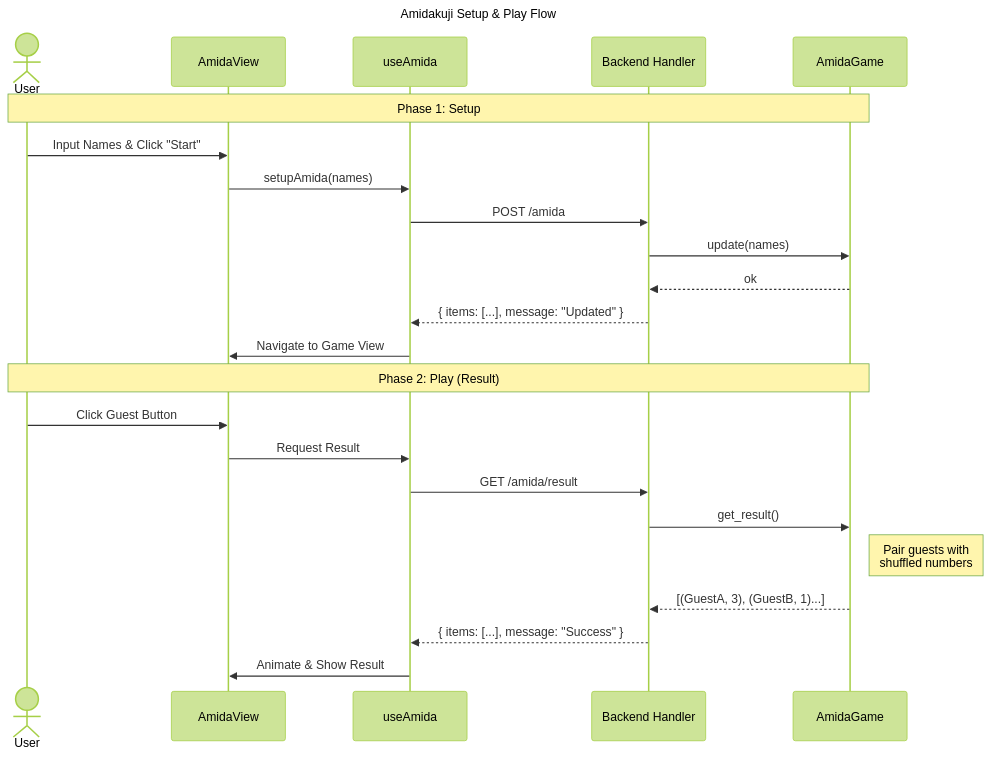
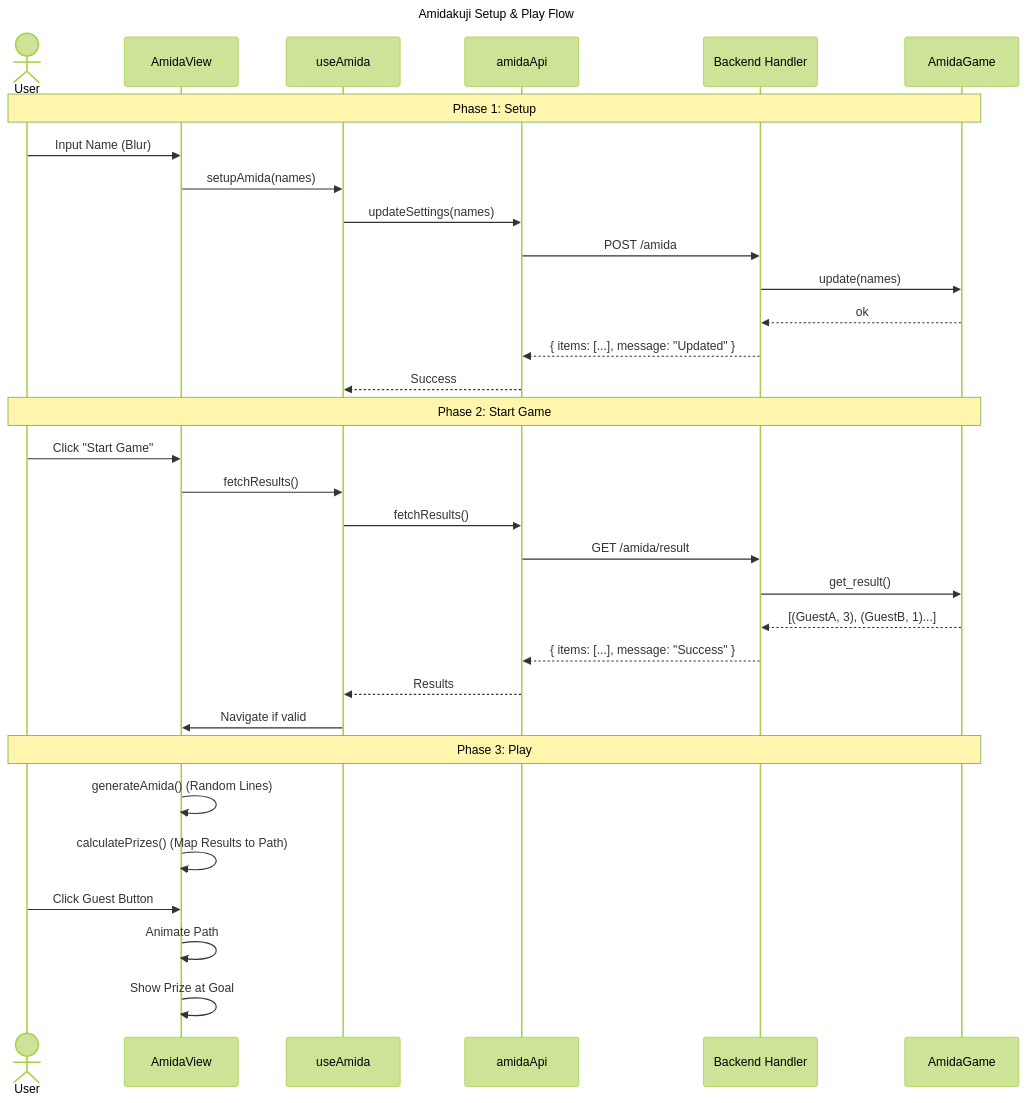
One commit to yasyasyu/bingo-server changed the fifth of 5 diagrams in docs/ARCHITECTURE.md. Above: the diagram before and after it, drawn with Mermaid (forest theme). The commit also changed other lines of this file and 2 other files, not shown here.

````diff
--- a/docs/ARCHITECTURE.md
+++ b/docs/ARCHITECTURE.md
@@ -261,28 +240,38 @@
 ```mermaid
 sequenceDiagram
     title Amidakuji Setup & Play Flow
     actor User
     participant UI as AmidaView
     participant Logic as useAmida
+    participant API as amidaApi
     participant Server as Backend Handler
     participant Domain as AmidaGame
 
     note over User, Domain: Phase 1: Setup
-    User->>UI: Input Names & Click "Start"
+    User->>UI: Input Name (Blur)
     UI->>Logic: setupAmida(names)
-    Logic->>Server: POST /amida
+    Logic->>API: updateSettings(names)
+    API->>Server: POST /amida
     Server->>Domain: update(names)
     Domain-->>Server: ok
-    Server-->>Logic: { items: [...], message: "Updated" }
-    Logic->>UI: Navigate to Game View
+    Server-->>API: { items: [...], message: "Updated" }
+    API-->>Logic: Success
 
-    note over User, Domain: Phase 2: Play (Result)
+    note over User, Domain: Phase 2: Start Game
+    User->>UI: Click "Start Game"
+    UI->>Logic: fetchResults()
+    Logic->>API: fetchResults()
+    API->>Server: GET /amida/result
+    Server->>Domain: get_result()
+    Domain-->>Server: [(GuestA, 3), (GuestB, 1)...]
+    Server-->>API: { items: [...], message: "Success" }
+    API-->>Logic: Results
+    Logic->>UI: Navigate if valid
+
+    note over User, Domain: Phase 3: Play
+    UI->>UI: generateAmida() (Random Lines)
+    UI->>UI: calculatePrizes() (Map Results to Path)
     User->>UI: Click Guest Button
-    UI->>Logic: Request Result
-    Logic->>Server: GET /amida/result
-    Server->>Domain: get_result()
-    note right of Domain: Pair guests with<br/>shuffled numbers
-    Domain-->>Server: [(GuestA, 3), (GuestB, 1)...]
-    Server-->>Logic: { items: [...], message: "Success" }
-    Logic->>UI: Animate & Show Result
+    UI->>UI: Animate Path
+    UI->>UI: Show Prize at Goal
 ```
````
